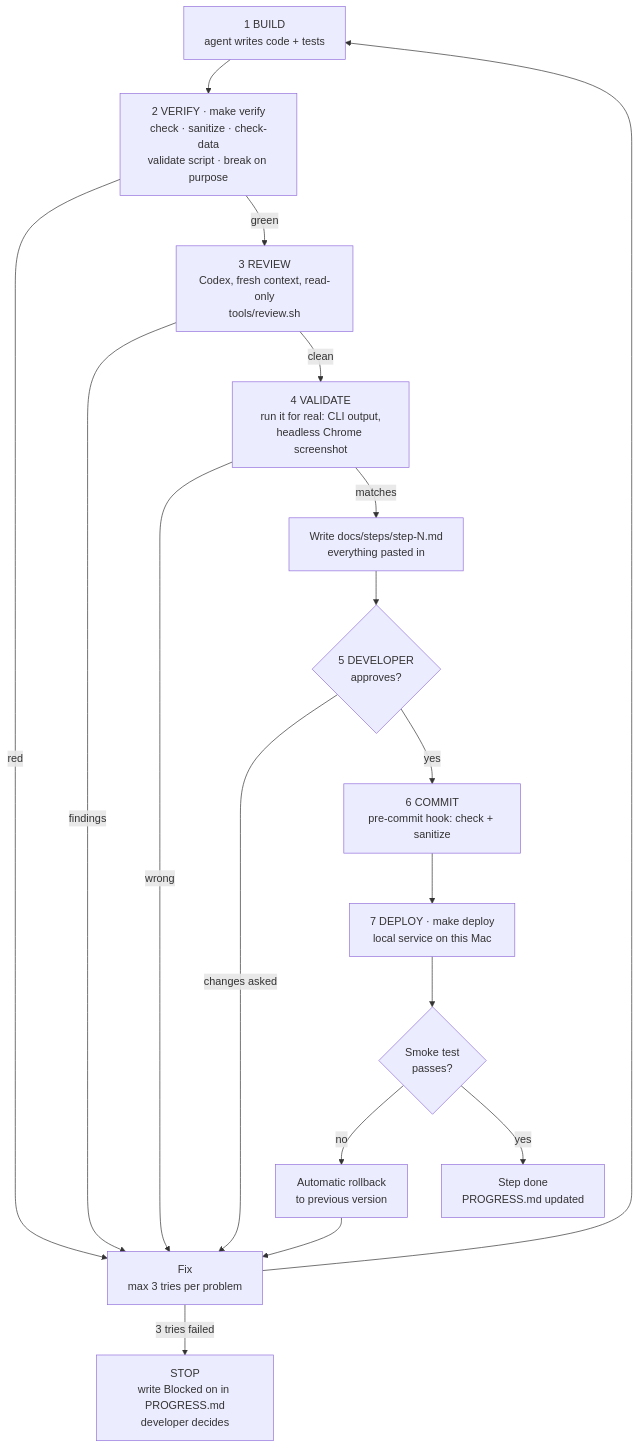
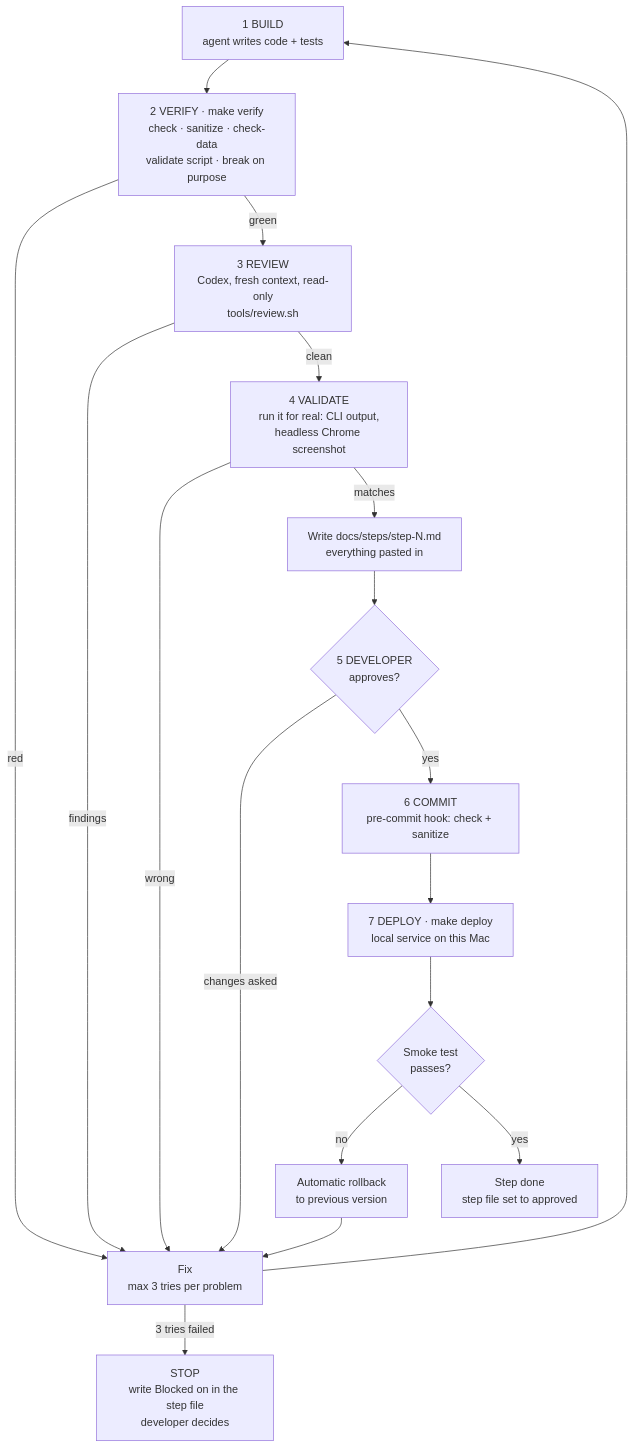
Before and after one commit to srir84/gps-tile-server: the diagram in docs/TESTING.md, drawn with Mermaid. The commit also changed other lines of this file and 8 other files, not shown here.

Commit message:
docs: the step files hold status and blockers; PROGRESS.md is a local note, not mentioned

````diff
--- a/docs/TESTING.md
+++ b/docs/TESTING.md
@@ -15,20 +15,20 @@
 ```mermaid
 flowchart TB
   B["1 BUILD<br/>agent writes code + tests"] --> V["2 VERIFY · make verify<br/>check · sanitize · check-data<br/>validate script · break on purpose"]
   V -->|red| FX["Fix<br/>max 3 tries per problem"]
   FX --> B
   V -->|green| R["3 REVIEW<br/>Codex, fresh context, read-only<br/>tools/review.sh"]
   R -->|findings| FX
   R -->|clean| VA["4 VALIDATE<br/>run it for real: CLI output,<br/>headless Chrome screenshot"]
   VA -->|wrong| FX
   VA -->|matches| SF["Write docs/steps/step-N.md<br/>everything pasted in"]
   SF --> H{"5 DEVELOPER<br/>approves?"}
   H -->|changes asked| FX
   H -->|yes| C["6 COMMIT<br/>pre-commit hook: check + sanitize"]
   C --> D["7 DEPLOY · make deploy<br/>local service on this Mac"]
   D --> SM{"Smoke test<br/>passes?"}
   SM -->|no| RB["Automatic rollback<br/>to previous version"]
   RB --> FX
-  SM -->|yes| DONE["Step done<br/>PROGRESS.md updated"]
-  FX -->|3 tries failed| BL["STOP<br/>write Blocked on in PROGRESS.md<br/>developer decides"]
+  SM -->|yes| DONE["Step done<br/>step file set to approved"]
+  FX -->|3 tries failed| BL["STOP<br/>write Blocked on in the step file<br/>developer decides"]
 ```
````
